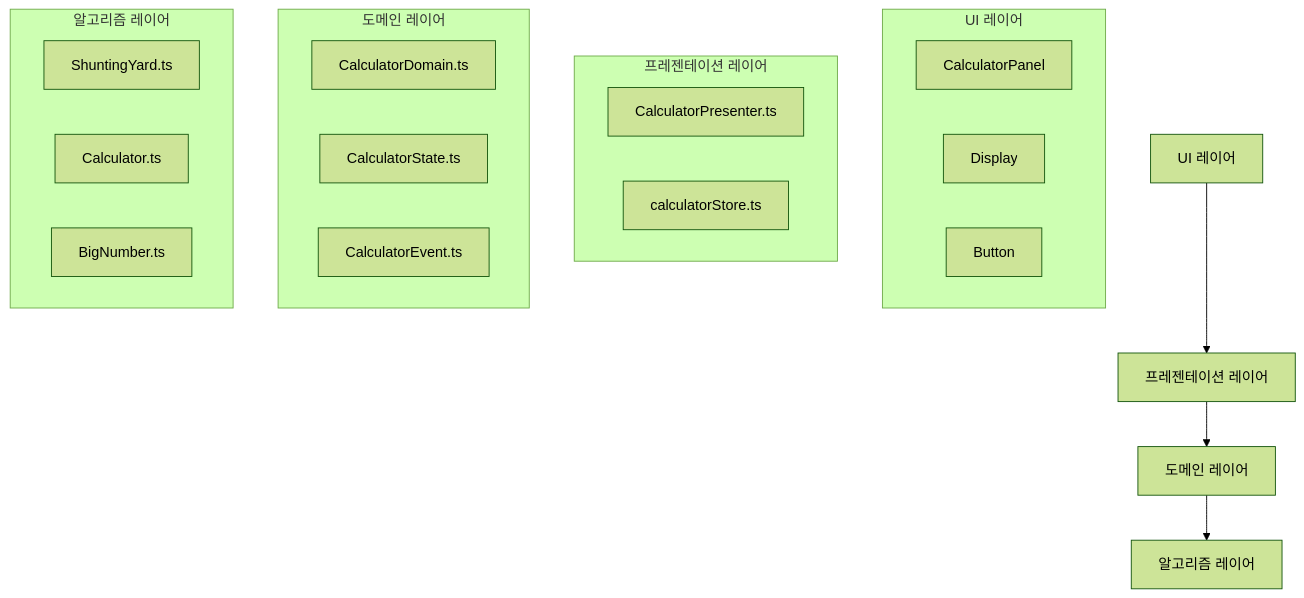
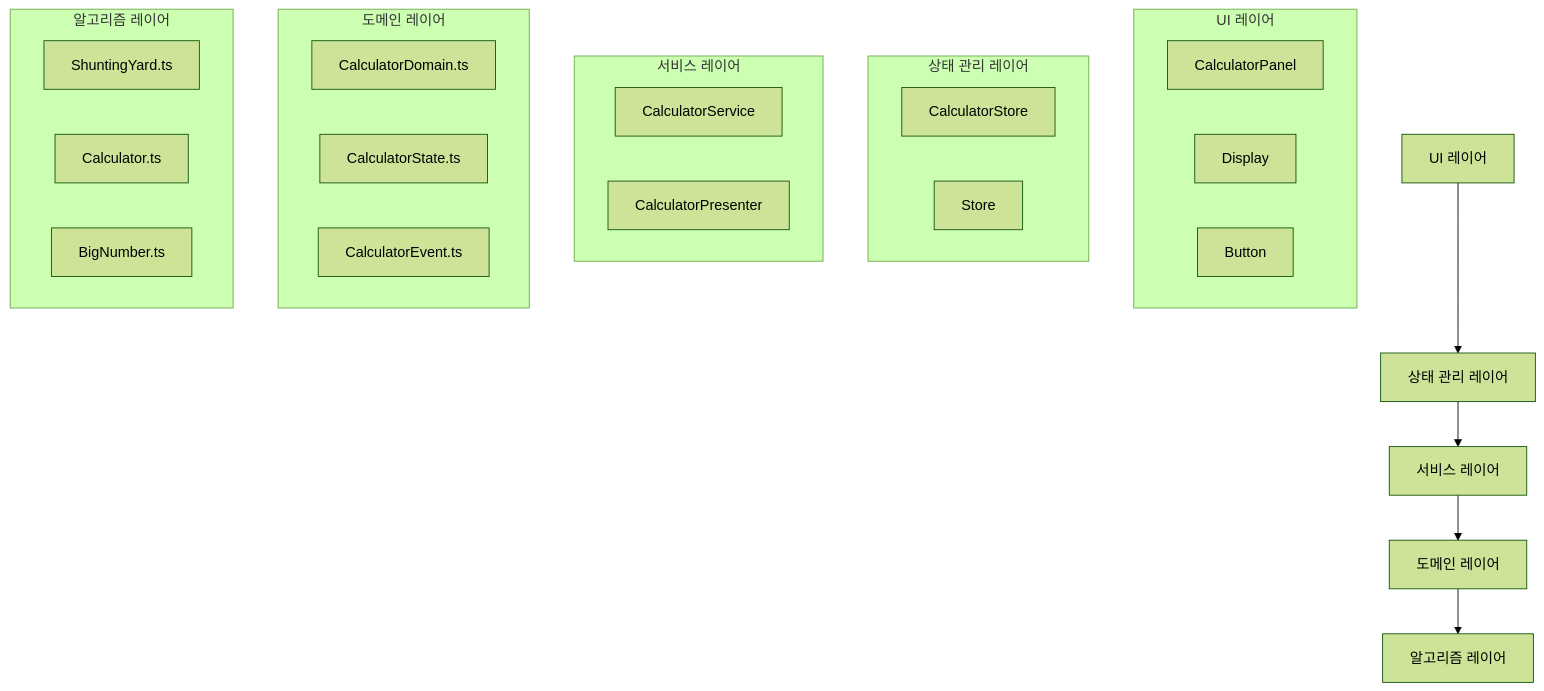
The first of 2 diagrams in README.md (saengmotmi/calculator), drawn with Mermaid (forest theme) before and after one commit. The commit also changed other lines of this file and 17 other files, not shown here.

````diff
--- a/README.md
+++ b/README.md
@@ -13,29 +13,35 @@
 ```mermaid
 graph TD
-    UI[UI 레이어] --> Presenter[프레젠테이션 레이어]
-    Presenter --> Domain[도메인 레이어]
+    UI[UI 레이어] --> Store[상태 관리 레이어]
+    Store --> Service[서비스 레이어]
+    Service --> Domain[도메인 레이어]
     Domain --> Algorithm[알고리즘 레이어]
 
     subgraph "UI 레이어"
         CalculatorPanel[CalculatorPanel]
         Display[Display]
         Button[Button]
     end
 
-    subgraph "프레젠테이션 레이어"
-        CalculatorPresenter[CalculatorPresenter.ts]
-        CalculatorStore[calculatorStore.ts]
+    subgraph "상태 관리 레이어"
+        CalculatorStore[CalculatorStore]
+        BaseStore[Store<T>]
+    end
+
+    subgraph "서비스 레이어"
+        CalculatorService[CalculatorService]
+        CalculatorPresenter[CalculatorPresenter]
     end
 
     subgraph "도메인 레이어"
         CalculatorDomain[CalculatorDomain.ts]
         CalculatorState[CalculatorState.ts]
         CalculatorEvent[CalculatorEvent.ts]
     end
 
     subgraph "알고리즘 레이어"
         ShuntingYard[ShuntingYard.ts]
         Calculator[Calculator.ts]
         BigNumber[BigNumber.ts]
     end
 ```
````
